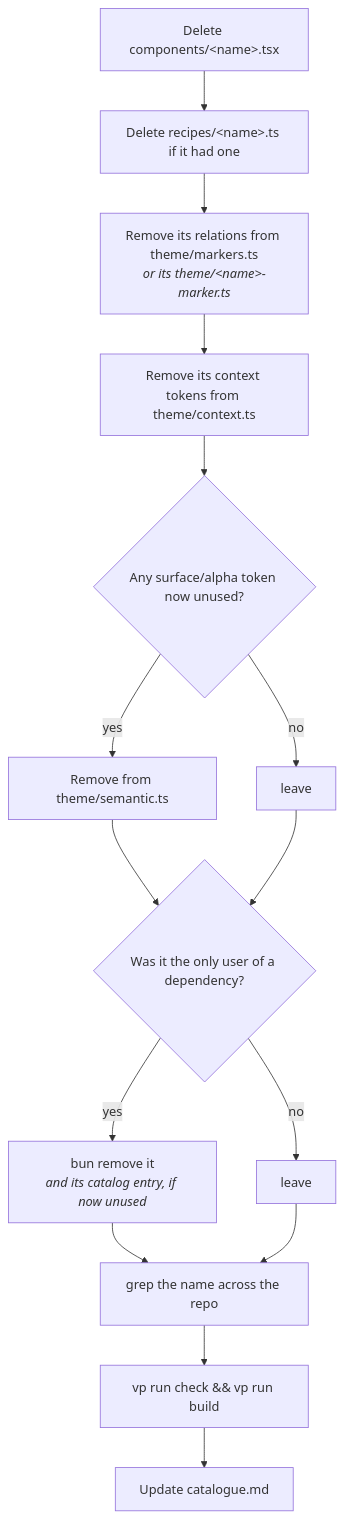
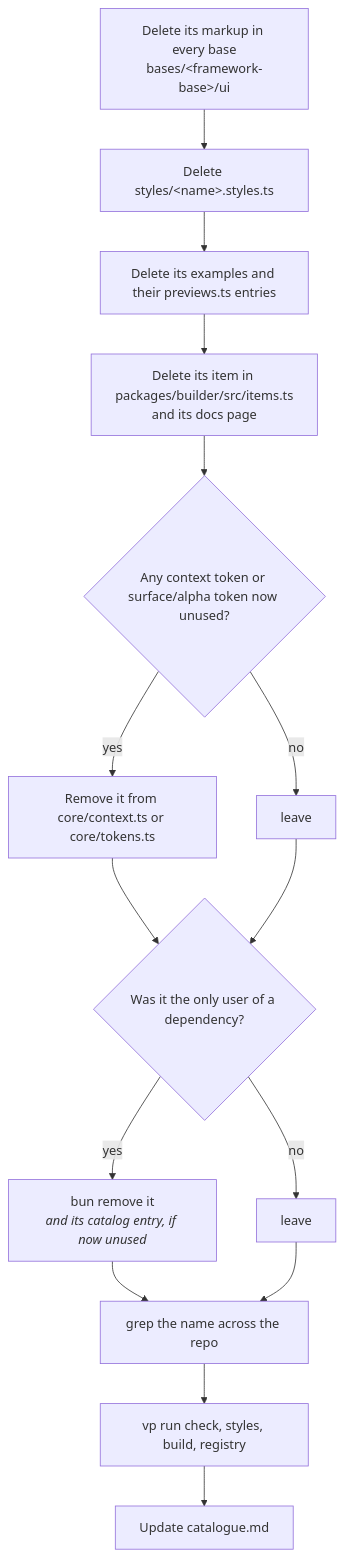
Before and after one commit to kirana-style/kirana-ui: the second of 4 diagrams in docs/workflows.md, drawn with Mermaid. The commit also changed other lines of this file and 677 other files, not shown here.

````diff
--- a/docs/workflows.md
+++ b/docs/workflows.md
@@ -240,15 +218,15 @@
 ```mermaid
 flowchart TD
-    A["Delete components/&lt;name&gt;.tsx"] --> B["Delete recipes/&lt;name&gt;.ts if it had one"]
-    B --> C["Remove its relations from theme/markers.ts<br/><i>or its theme/&lt;name&gt;-marker.ts</i>"]
-    C --> D["Remove its context tokens from theme/context.ts"]
-    D --> E{"Any surface/alpha token now unused?"}
-    E -->|yes| F["Remove from theme/semantic.ts"]
+    A["Delete its markup in every base<br/>bases/&lt;framework-base&gt;/ui"] --> B["Delete styles/&lt;name&gt;.styles.ts"]
+    B --> C["Delete its examples and their previews.ts entries"]
+    C --> D["Delete its item in packages/builder/src/items.ts<br/>and its docs page"]
+    D --> E{"Any context token or surface/alpha token now unused?"}
+    E -->|yes| F["Remove it from core/context.ts or core/tokens.ts"]
     E -->|no| G["leave"]
     F & G --> H{"Was it the only user of a dependency?"}
     H -->|yes| I["bun remove it<br/><i>and its catalog entry, if now unused</i>"]
     H -->|no| J["leave"]
     I & J --> K["grep the name across the repo"]
-    K --> L["vp run check && vp run build"]
+    K --> L["vp run check, styles, build, registry"]
     L --> M["Update catalogue.md"]
 ```
````
